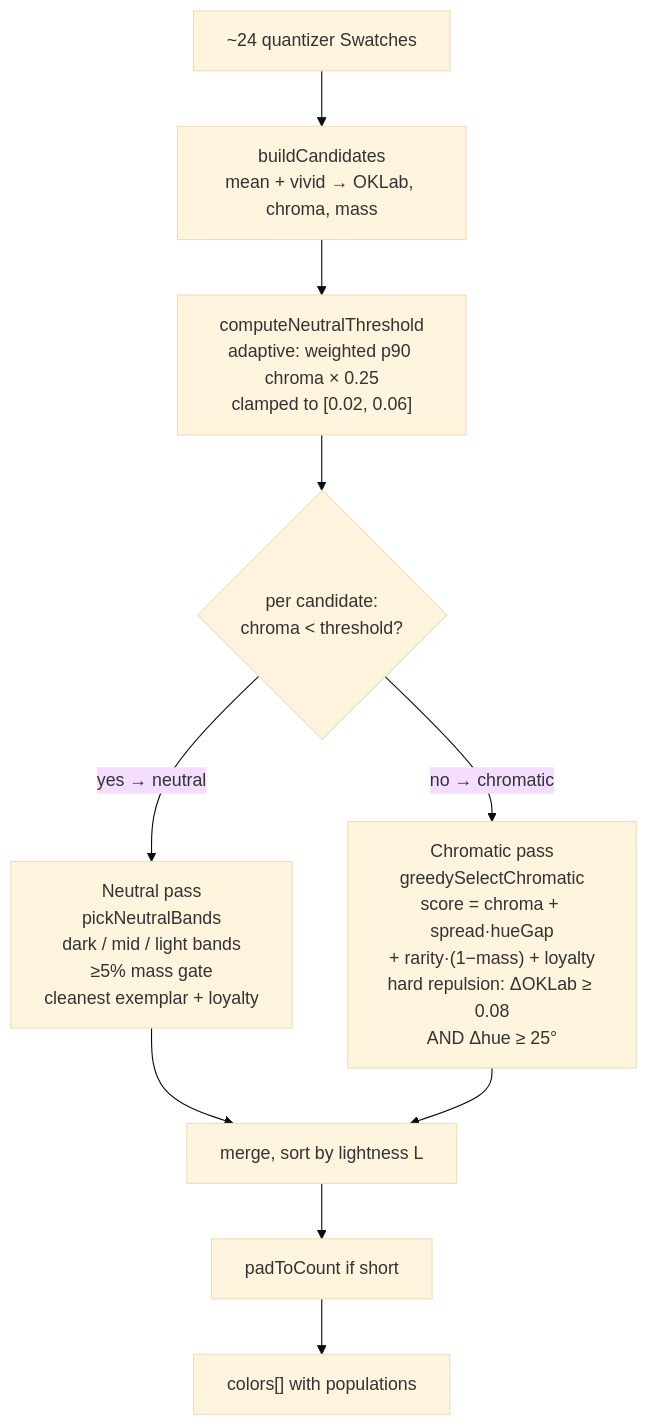
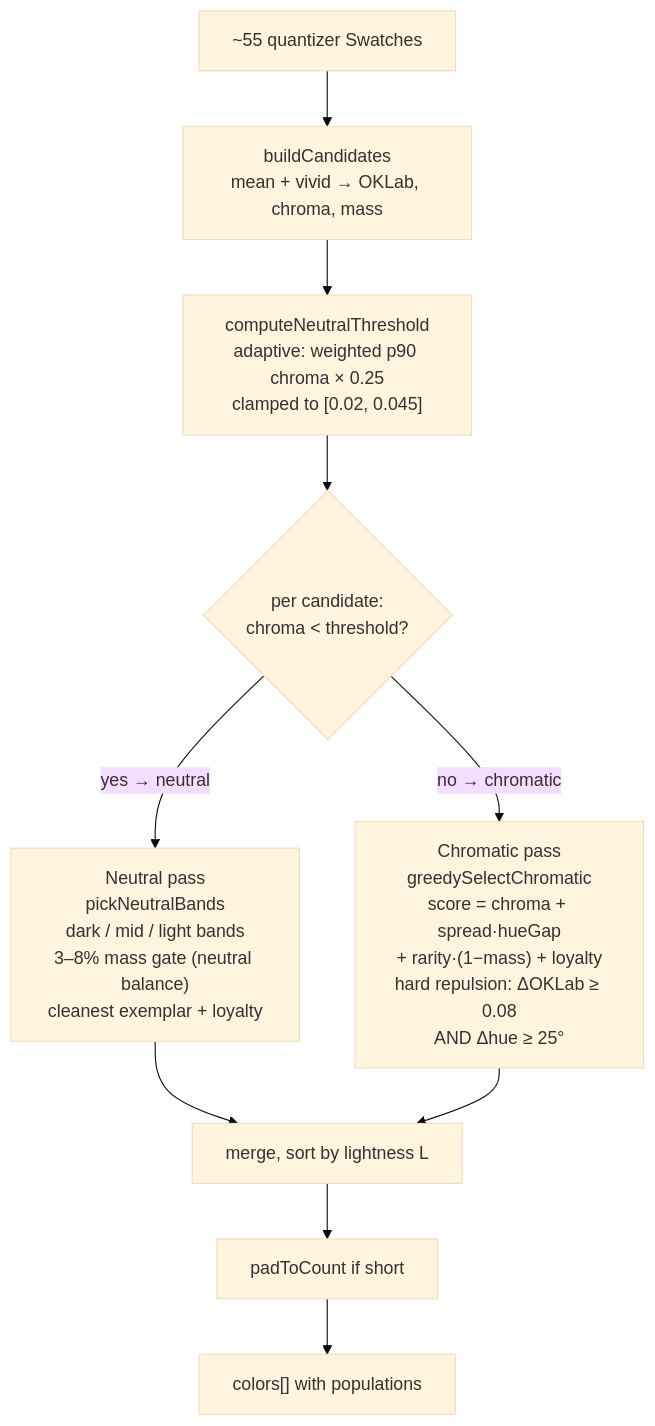
The third of 4 diagrams in docs/extraction-pipeline.md (theopaolo/paletcam), drawn with Mermaid (base theme) before and after one commit. The commit also changed other lines of this file and 21 other files, not shown here.

````diff
--- a/docs/extraction-pipeline.md
+++ b/docs/extraction-pipeline.md
@@ -188,12 +193,12 @@
 ```mermaid
 flowchart TD
-    SW["~24 quantizer Swatches"] --> CAND["buildCandidates<br/>mean + vivid → OKLab, chroma, mass"]
-    CAND --> THRESH["computeNeutralThreshold<br/>adaptive: weighted p90 chroma × 0.25<br/>clamped to [0.02, 0.06]"]
+    SW["~55 quantizer Swatches"] --> CAND["buildCandidates<br/>mean + vivid → OKLab, chroma, mass"]
+    CAND --> THRESH["computeNeutralThreshold<br/>adaptive: weighted p90 chroma × 0.25<br/>clamped to [0.02, 0.045]"]
     THRESH --> SPLIT{"per candidate:<br/>chroma < threshold?"}
-    SPLIT -- "yes → neutral" --> NEU["Neutral pass<br/>pickNeutralBands<br/>dark / mid / light bands<br/>≥5% mass gate<br/>cleanest exemplar + loyalty"]
+    SPLIT -- "yes → neutral" --> NEU["Neutral pass<br/>pickNeutralBands<br/>dark / mid / light bands<br/>3–8% mass gate (neutral balance)<br/>cleanest exemplar + loyalty"]
     SPLIT -- "no → chromatic" --> CHR["Chromatic pass<br/>greedySelectChromatic<br/>score = chroma + spread·hueGap<br/>+ rarity·(1−mass) + loyalty<br/>hard repulsion: ΔOKLab ≥ 0.08<br/>AND Δhue ≥ 25°"]
     NEU --> MERGE["merge, sort by lightness L"]
     CHR --> MERGE
     MERGE --> PAD["padToCount if short"]
     PAD --> OUT["colors[] with populations"]
 ```
````
